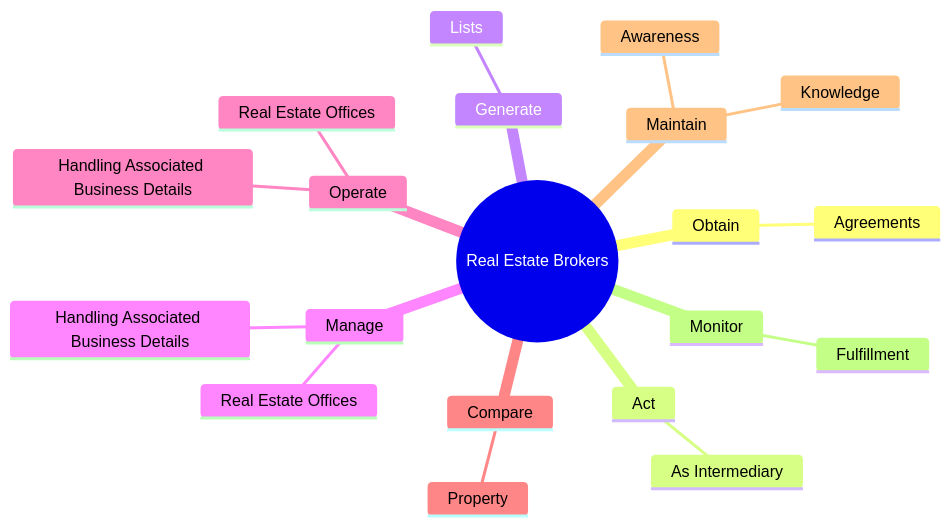
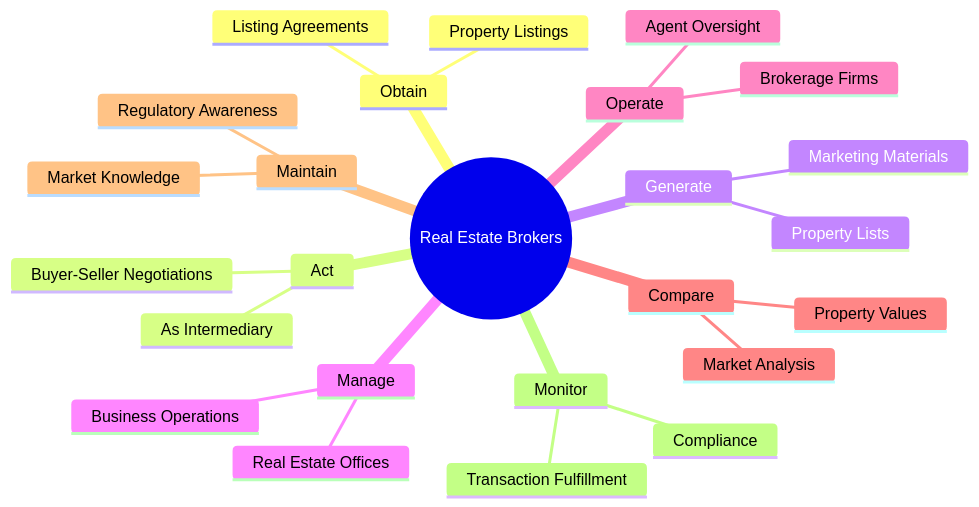
Before and after one commit to kziemski/business.org.ai: the second of 4 diagrams in occupations/Sales/RealEstateBrokers.mdx, drawn with Mermaid. The commit also changed other lines of this file and 938 other files, not shown here.

````diff
--- a/occupations/Sales/RealEstateBrokers.mdx
+++ b/occupations/Sales/RealEstateBrokers.mdx
@@ -37,23 +45,28 @@
 ```mermaid
 mindmap
     root(("Real Estate Brokers"))
         Obtain
-            Agreements
+            Listing Agreements
+            Property Listings
         Act
             As Intermediary
+            Buyer-Seller Negotiations
         Generate
-            Lists
+            Property Lists
+            Marketing Materials
         Manage
             Real Estate Offices
-            Handling Associated Business Details
+            Business Operations
         Operate
-            Real Estate Offices
-            Handling Associated Business Details
+            Brokerage Firms
+            Agent Oversight
         Compare
-            Property
+            Property Values
+            Market Analysis
         Maintain
-            Knowledge
-            Awareness
+            Market Knowledge
+            Regulatory Awareness
         Monitor
-            Fulfillment
+            Transaction Fulfillment
+            Compliance
 ```
````
